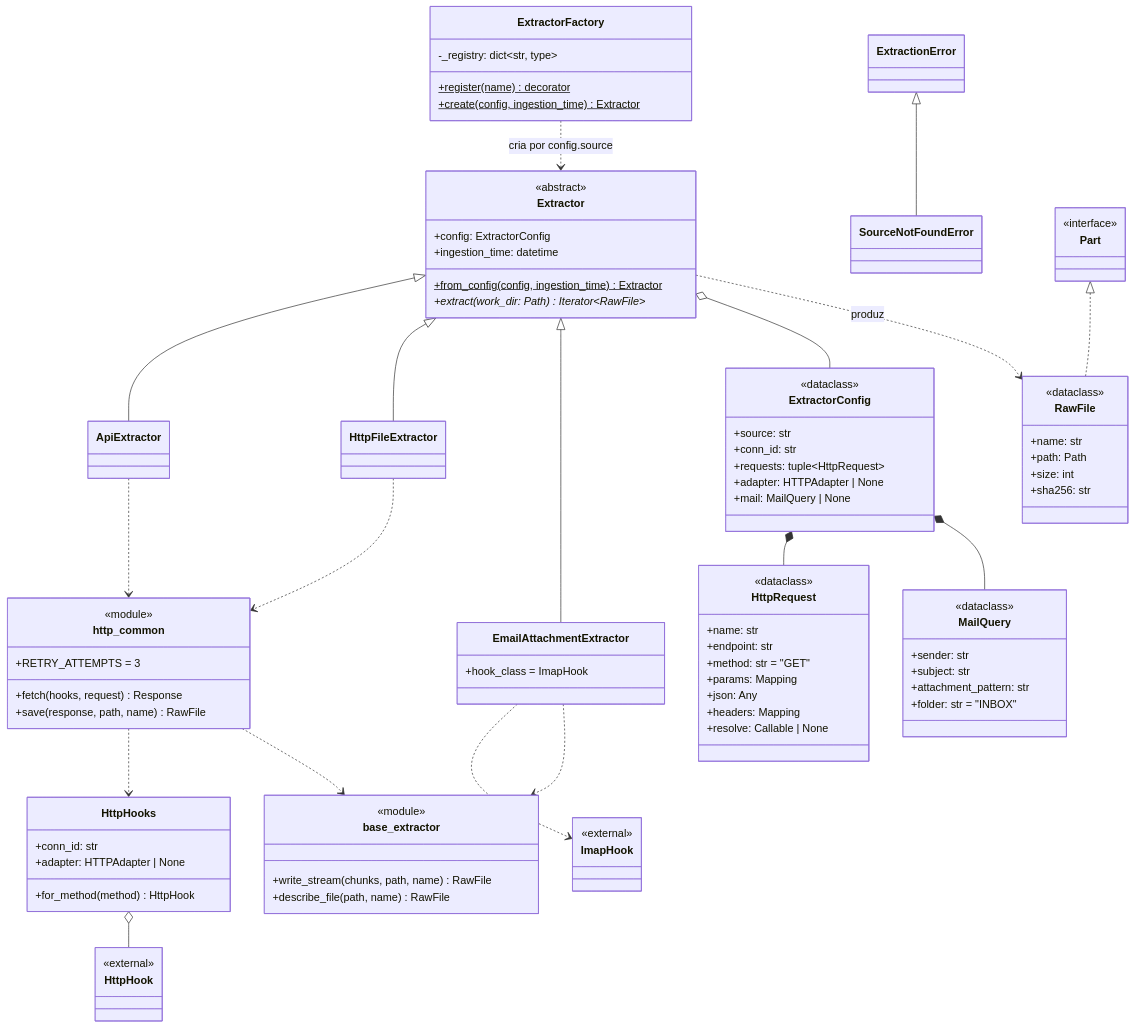
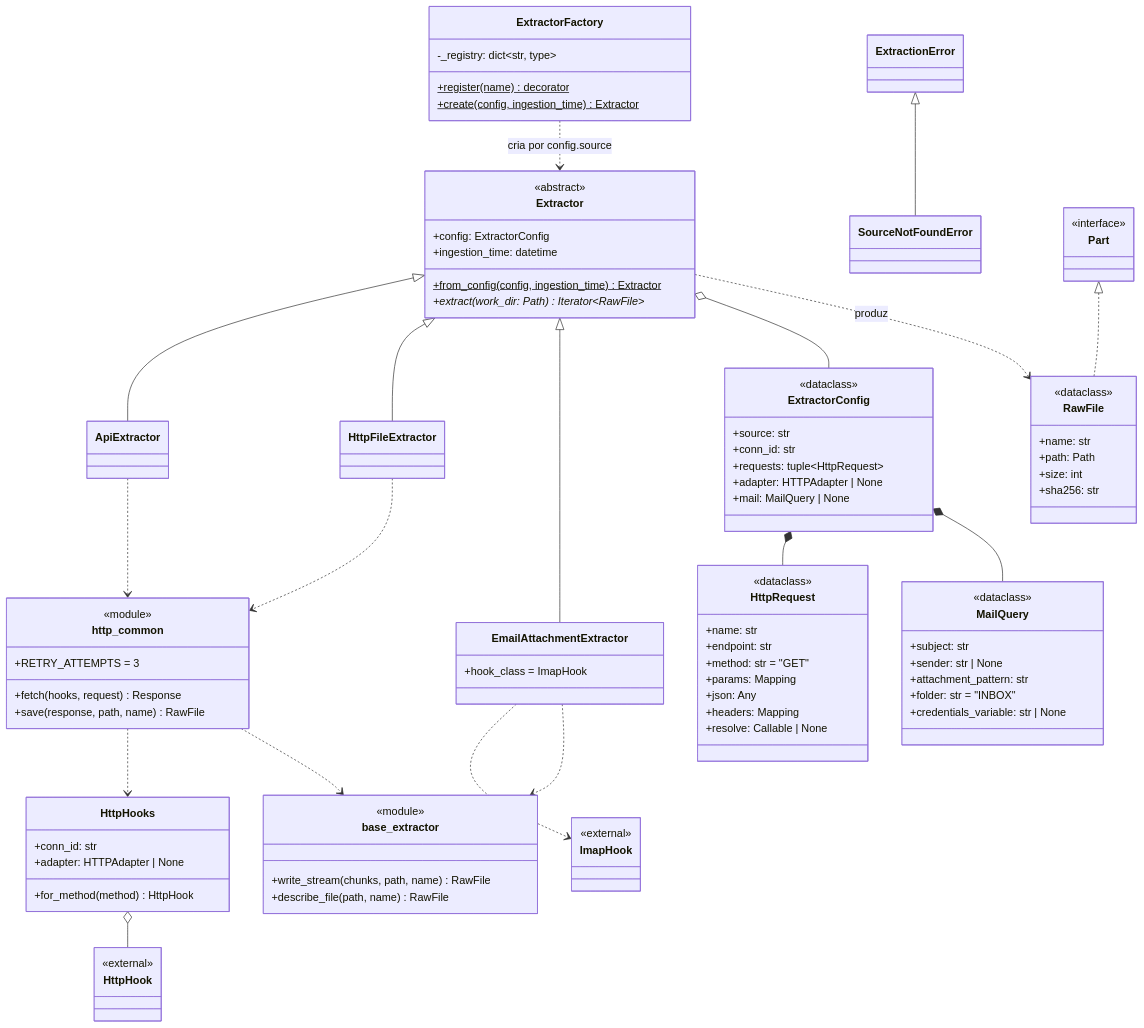
Before and after one commit to GovHub-br/data-application-cidades: the fourth of 7 diagrams in docs/ingestao/diagrama-classes.md, drawn with Mermaid. The commit also changed other lines of this file and 4 other files, not shown here.

```diff
--- a/docs/ingestao/diagrama-classes.md
+++ b/docs/ingestao/diagrama-classes.md
@@ -197,10 +197,11 @@
     }
     class MailQuery {
         <<dataclass>>
-        +sender: str
         +subject: str
+        +sender: str | None
         +attachment_pattern: str
         +folder: str = "INBOX"
+        +credentials_variable: str | None
     }
     class RawFile {
         <<dataclass>>
```
